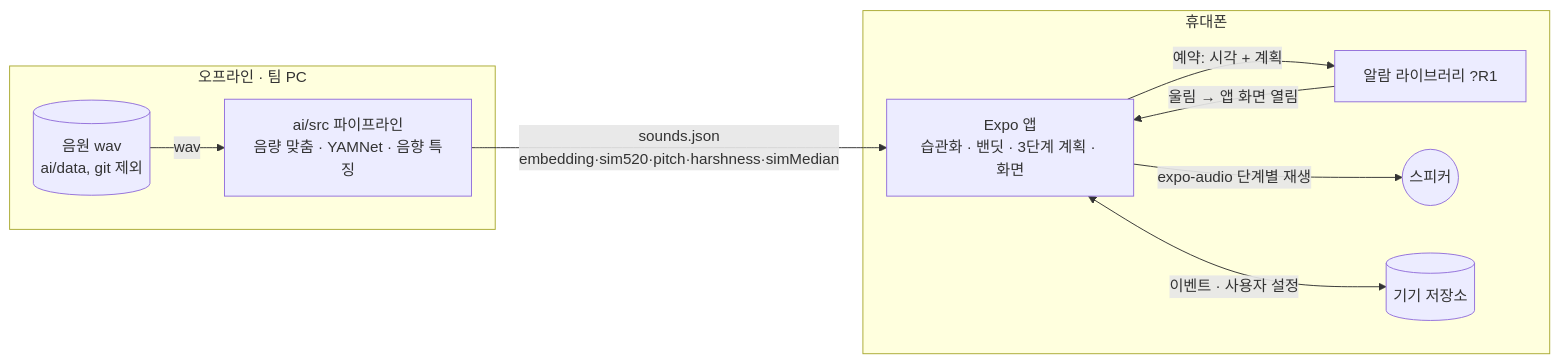
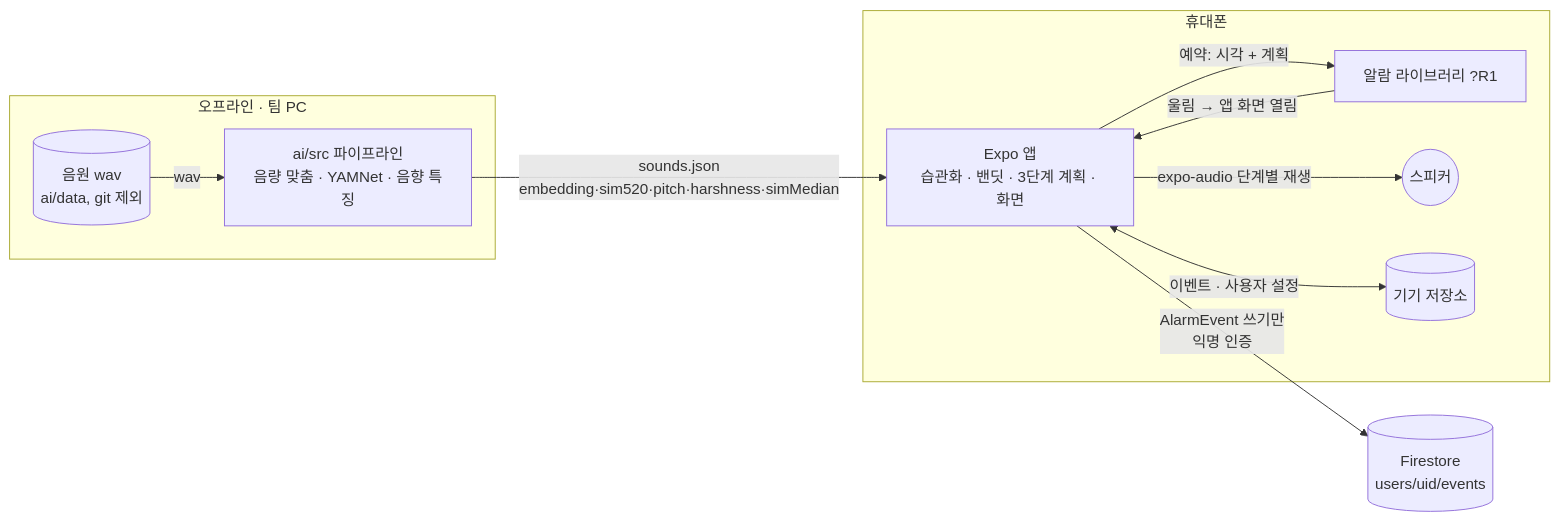
One commit to lyw012012-cpu/appa-anjanda changed the first of 3 diagrams in docs/context/design.md. Above: the diagram before and after it, drawn with Mermaid. The commit also changed other lines of this file and 5 other files, not shown here.

````diff
--- a/docs/context/design.md
+++ b/docs/context/design.md
@@ -150,13 +150,14 @@
 ```mermaid
 flowchart LR
   subgraph OFF[오프라인 · 팀 PC]
     W[(음원 wav<br/>ai/data, git 제외)] -->|wav| P[ai/src 파이프라인<br/>음량 맞춤 · YAMNet · 음향 특징]
   end
   P -->|sounds.json<br/>embedding·sim520·pitch·harshness·simMedian| APP
   subgraph PHONE[휴대폰]
     APP[Expo 앱<br/>습관화 · 밴딧 · 3단계 계획 · 화면] -->|예약: 시각 + 계획| AL[알람 라이브러리 ?R1]
     AL -->|울림 → 앱 화면 열림| APP
     APP -->|expo-audio 단계별 재생| SPK((스피커))
     APP <-->|이벤트 · 사용자 설정| ST[(기기 저장소)]
   end
+  APP -->|AlarmEvent 쓰기만<br/>익명 인증| FS[(Firestore<br/>users/uid/events)]
 ```
````
